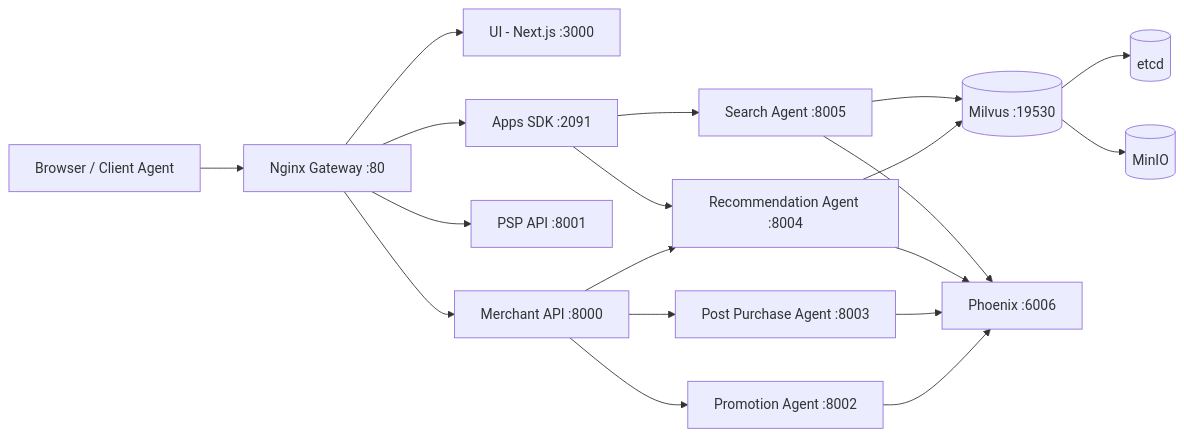
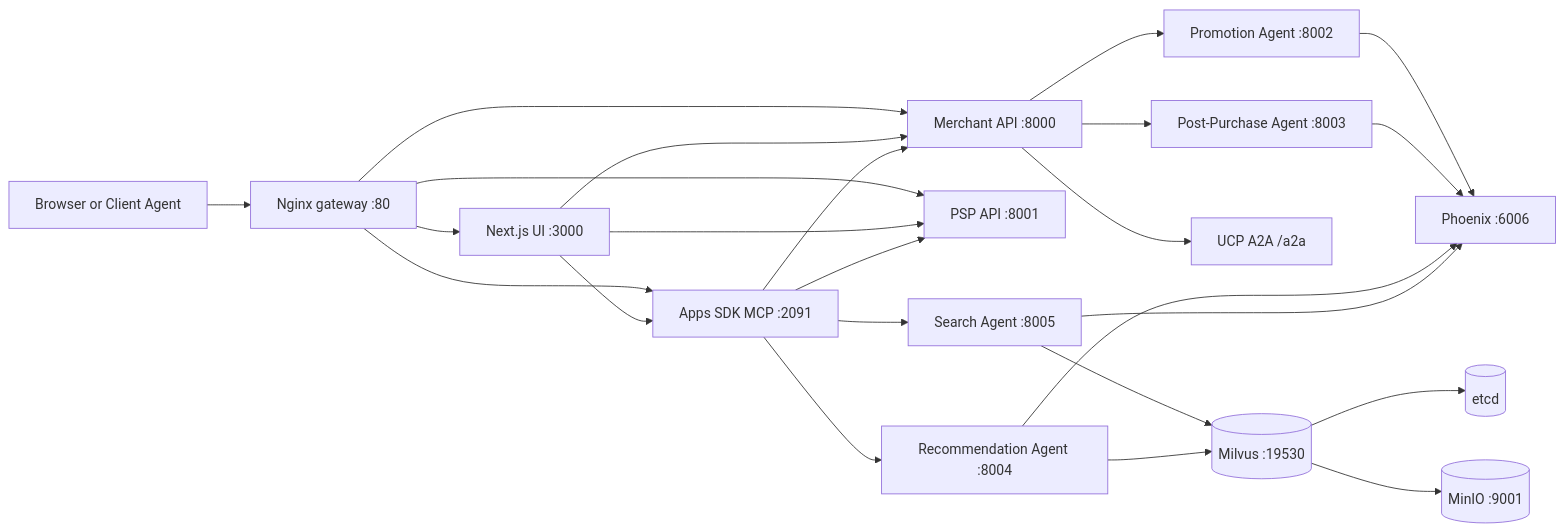
Before and after one commit to baolnq-ai/Agentic-Commerce-blueprint-provider-: the diagram in README.md, drawn with Mermaid. The commit also changed other lines of this file, not shown here.

````diff
--- a/README.md
+++ b/README.md
@@ -44,24 +37,32 @@
 ```mermaid
 flowchart LR
-	U[Browser / Client Agent] --> N[Nginx Gateway :80]
-	N --> UI[UI - Next.js :3000]
-	N --> M[Merchant API :8000]
-	N --> P[PSP API :8001]
-	N --> A[Apps SDK :2091]
+    User[Browser or Client Agent] --> Gateway[Nginx gateway :80]
 
-	M --> PA[Promotion Agent :8002]
-	M --> PP[Post Purchase Agent :8003]
-	M --> RA[Recommendation Agent :8004]
-	A --> RA
-	A --> SA[Search Agent :8005]
+    Gateway --> UI[Next.js UI :3000]
+    Gateway --> Merchant[Merchant API :8000]
+    Gateway --> PSP[PSP API :8001]
+    Gateway --> Apps[Apps SDK MCP :2091]
 
-	RA --> V[(Milvus :19530)]
-	SA --> V
-	V --> E[(etcd)]
-	V --> O[(MinIO)]
+    UI --> Merchant
+    UI --> PSP
+    UI --> Apps
 
-	PA --> X[Phoenix :6006]
-	PP --> X
-	RA --> X
-	SA --> X
+    Apps --> Search[Search Agent :8005]
+    Apps --> Recs[Recommendation Agent :8004]
+    Apps --> Merchant
+    Apps --> PSP
+
+    Merchant --> Promo[Promotion Agent :8002]
+    Merchant --> Post[Post-Purchase Agent :8003]
+    Merchant --> UCP[UCP A2A /a2a]
+
+    Search --> Milvus[(Milvus :19530)]
+    Recs --> Milvus
+    Milvus --> Etcd[(etcd)]
+    Milvus --> MinIO[(MinIO :9001)]
+
+    Promo --> Phoenix[Phoenix :6006]
+    Post --> Phoenix
+    Recs --> Phoenix
+    Search --> Phoenix
 ```
````
